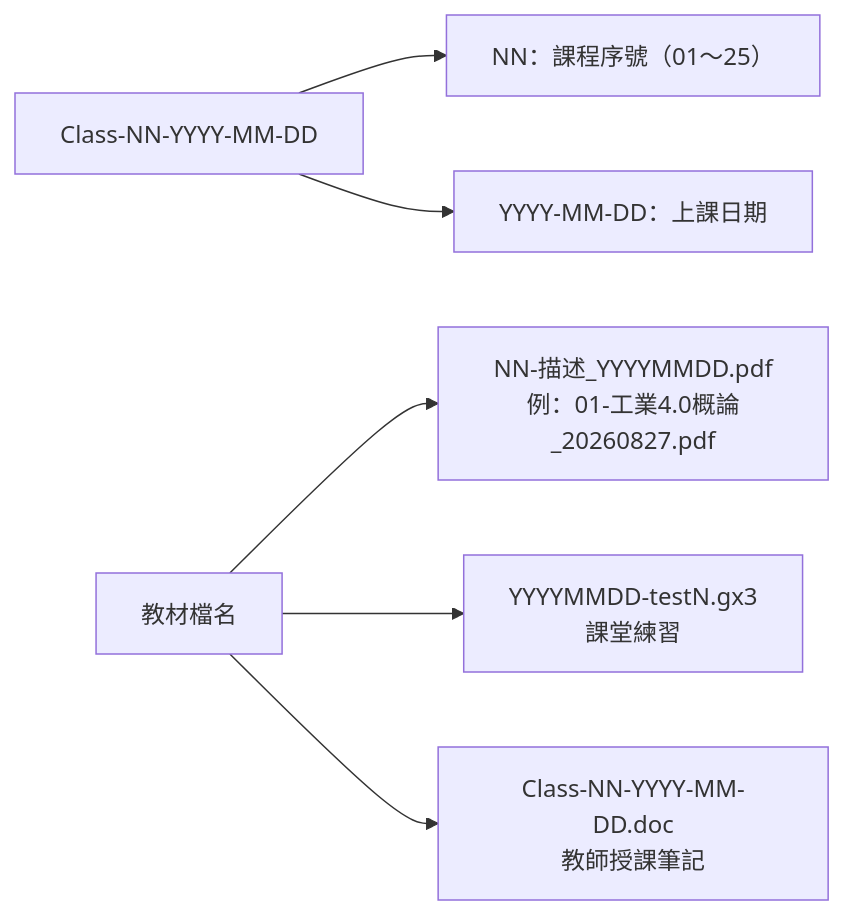
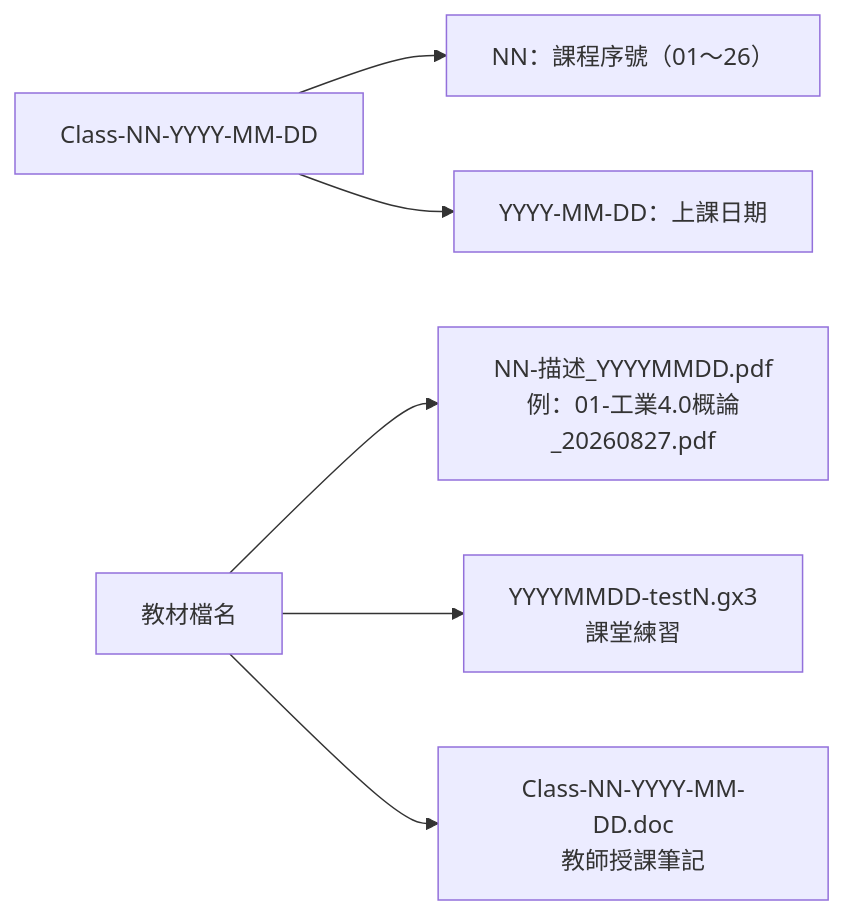
Before and after one commit to yd7148/INDUSTRY-4.0: the third of 3 diagrams in docs/COURSE-MAP.md, drawn with Mermaid. The commit also changed other lines of this file and 4 other files, not shown here.

Commit message:
Sync docs for Class-26 (26 classes, 27 videos, timeline and SVG)

````diff
--- a/docs/COURSE-MAP.md
+++ b/docs/COURSE-MAP.md
@@ -136,8 +140,8 @@
 ```mermaid
 flowchart LR
-    A["Class-NN-YYYY-MM-DD"] --> B["NN：課程序號（01～25）"]
+    A["Class-NN-YYYY-MM-DD"] --> B["NN：課程序號（01～26）"]
     A --> C["YYYY-MM-DD：上課日期"]
     D["教材檔名"] --> E["NN-描述_YYYYMMDD.pdf<br/>例：01-工業4.0概論_20260827.pdf"]
     D --> F["YYYYMMDD-testN.gx3<br/>課堂練習"]
     D --> G["Class-NN-YYYY-MM-DD.doc<br/>教師授課筆記"]
 ```
````
